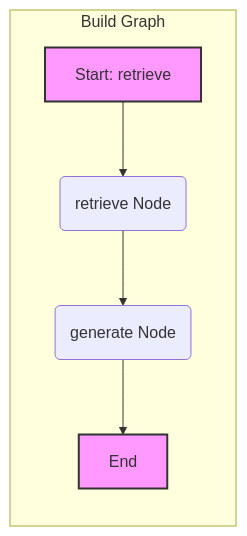
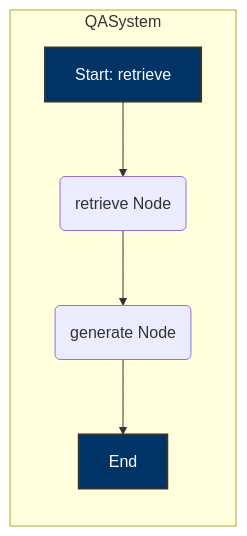
Before and after one commit to makkarss929/Zania_QA_API-langGraph: the third of 3 diagrams in README.md, drawn with Mermaid.

Commit message:
docs : update README.md

````diff
--- a/README.md
+++ b/README.md
@@ -161,11 +161,11 @@
 ```mermaid
 graph LR
-    subgraph Build Graph
+    subgraph QASystem
     A[Start: retrieve] --> B(retrieve Node);
     B --> C(generate Node);
     C --> D[End];
     end
 
-    style A fill:#f9f,stroke:#333,stroke-width:2px
-    style D fill:#f9f,stroke:#333,stroke-width:2px
+    style A fill:#003366,stroke:#333,stroke-width:2px,color:#FFFFFF
+    style D fill:#003366,stroke:#333,stroke-width:2px,color:#FFFFFF
 ```
````
